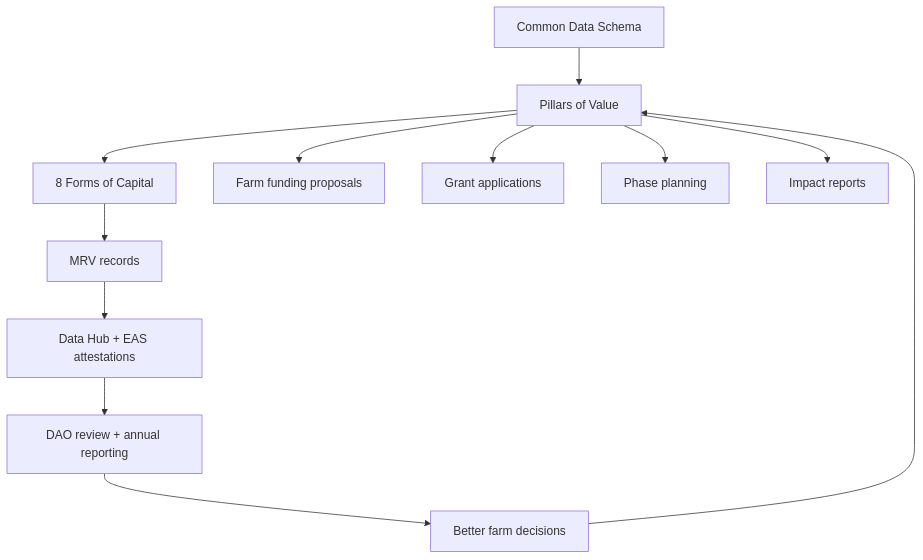
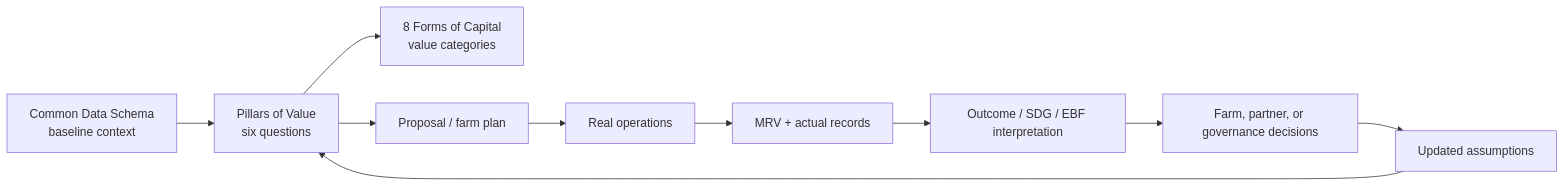
One commit to wasalo/Kokonut-Public-Site changed the diagram in kokonut-framework/framework-components/pillars-of-value.mdx. Above: the diagram before and after it, drawn with Mermaid. The commit also changed other lines of this file, not shown here.

Commit message:
docs(kokonut-framework): improve Pillars of Value

````diff
--- a/kokonut-framework/framework-components/pillars-of-value.mdx
+++ b/kokonut-framework/framework-components/pillars-of-value.mdx
@@ -258,15 +104,12 @@
 ```mermaid
-flowchart TD
-    A["Common Data Schema"] --> B["Pillars of Value"]
-    B --> C["8 Forms of Capital"]
-    C --> D["MRV records"]
-    D --> E["Data Hub + EAS attestations"]
-    E --> F["DAO review + annual reporting"]
-    F --> G["Better farm decisions"]
-    G --> B
-
-    B --> H["Farm funding proposals"]
-    B --> I["Grant applications"]
-    B --> J["Phase planning"]
-    B --> K["Impact reports"]
+flowchart LR
+    A["Common Data Schema<br/>baseline context"] --> B["Pillars of Value<br/>six questions"]
+    B --> C["8 Forms of Capital<br/>value categories"]
+    B --> D["Proposal / farm plan"]
+    D --> E["Real operations"]
+    E --> F["MRV + actual records"]
+    F --> G["Outcome / SDG / EBF interpretation"]
+    G --> H["Farm, partner, or governance decisions"]
+    H --> I["Updated assumptions"]
+    I --> B
 ```
````
